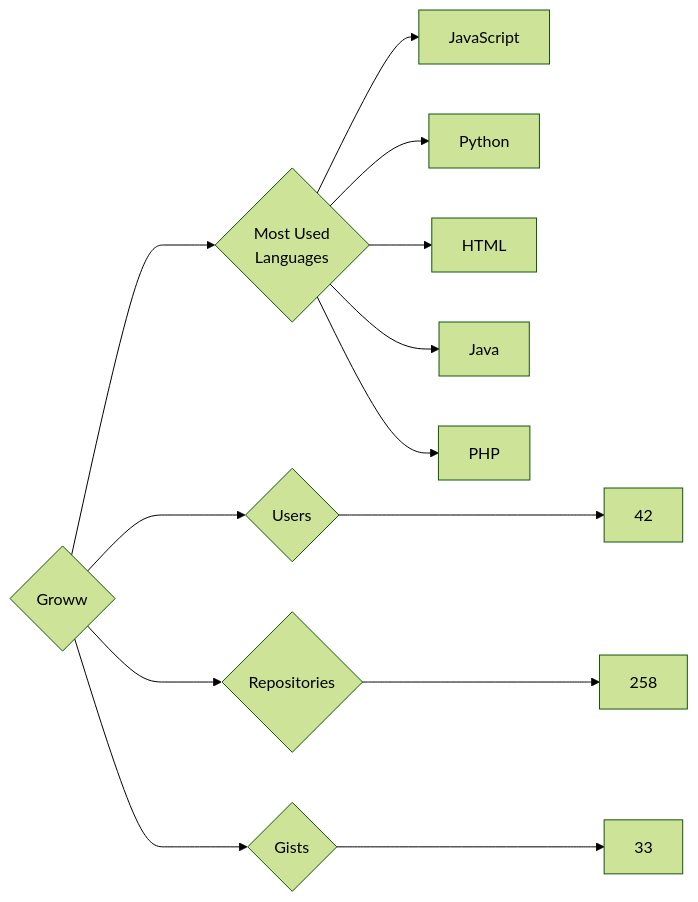
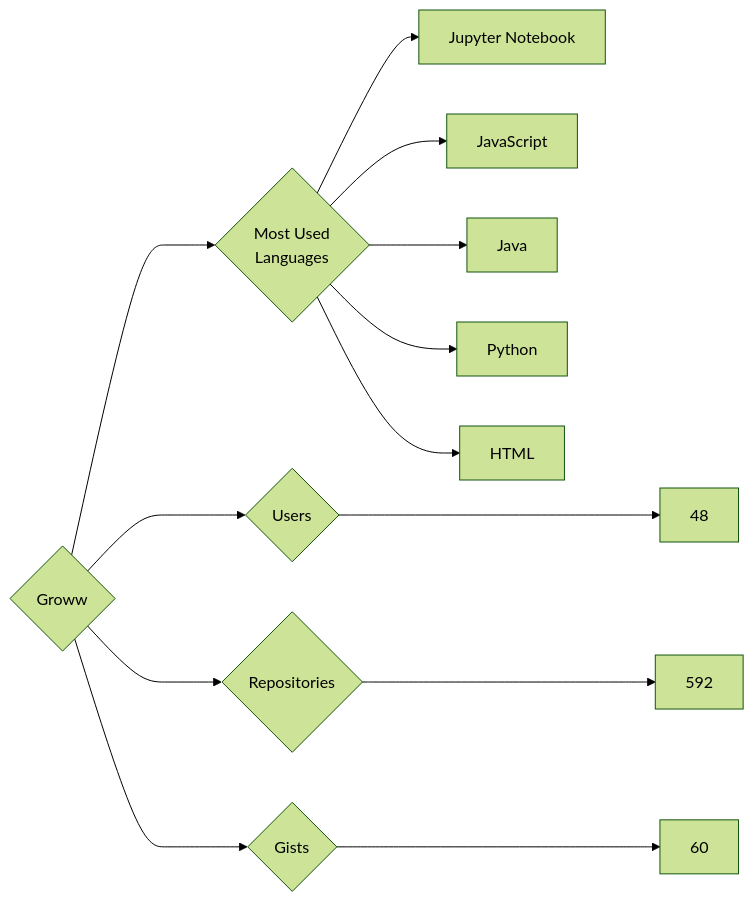
One commit to trickest/insiders changed the diagram in targets/Groww/README.md. Above: the diagram before and after it, drawn with Mermaid (forest theme). The commit also changed 715 other files, not shown here.

````diff
--- a/targets/Groww/README.md
+++ b/targets/Groww/README.md
@@ -3,13 +3,13 @@
 ```mermaid
 graph LR
 COMPANY_NAME{Groww}
-COMPANY_NAME ---> U{Users} ---> UN[42]
-COMPANY_NAME ---> R{Repositories} ---> RN[258]
-COMPANY_NAME ---> G{Gists} ---> GN[33]
+COMPANY_NAME ---> U{Users} ---> UN[48]
+COMPANY_NAME ---> R{Repositories} ---> RN[592]
+COMPANY_NAME ---> G{Gists} ---> GN[60]
 COMPANY_NAME ---> ML{Most Used<br>Languages}
+ML --> Jupyter_Notebook[Jupyter Notebook]
 ML --> JavaScript[JavaScript]
+ML --> Java[Java]
 ML --> Python[Python]
 ML --> HTML[HTML]
-ML --> Java[Java]
-ML --> PHP[PHP]
 ```
````
